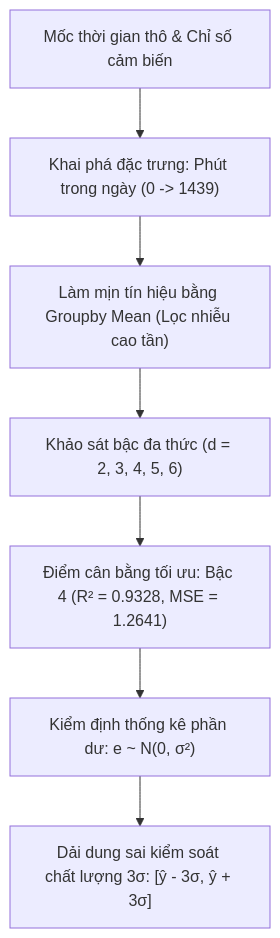
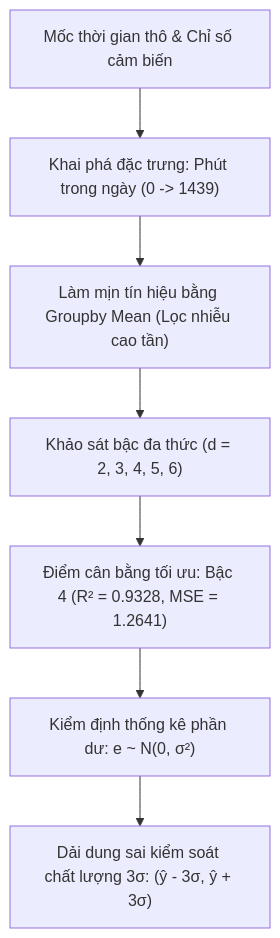
Before and after one commit to tducn110/blog: the fourth of 5 diagrams in tducn/src/content/posts/on-tap-hoc-may-midterm-toan-dien.md, drawn with Mermaid. The commit also changed 3 other files, not shown here.

Commit message:
fix(mermaid,katex): fix mermaid code pollution and compile raw math blocks into KaTeX

````diff
--- a/tducn/src/content/posts/on-tap-hoc-may-midterm-toan-dien.md
+++ b/tducn/src/content/posts/on-tap-hoc-may-midterm-toan-dien.md
@@ -381,9 +381,9 @@
 ```mermaid
 flowchart TD
     Raw["Mốc thời gian thô & Chỉ số cảm biến"] --> Cyclical["Khai phá đặc trưng: Phút trong ngày (0 -> 1439)"]
     Cyclical --> Smooth["Làm mịn tín hiệu bằng Groupby Mean (Lọc nhiễu cao tần)"]
     Smooth --> PolySweep["Khảo sát bậc đa thức (d = 2, 3, 4, 5, 6)"]
     PolySweep --> Optimal["Điểm cân bằng tối ưu: Bậc 4 (R² = 0.9328, MSE = 1.2641)"]
     Optimal --> Residuals["Kiểm định thống kê phần dư: e ~ N(0, σ²)"]
-    Residuals --> Band["Dải dung sai kiểm soát chất lượng 3σ: [ŷ - 3σ, ŷ + 3σ]"]
+    Residuals --> Band["Dải dung sai kiểm soát chất lượng 3σ: (ŷ - 3σ, ŷ + 3σ)"]
 ```
````
